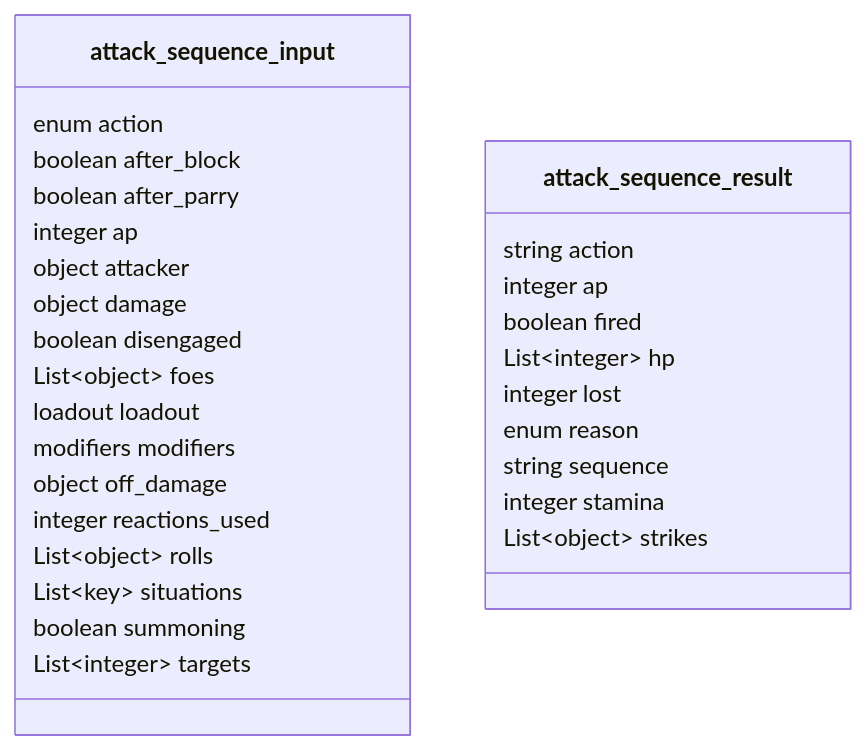
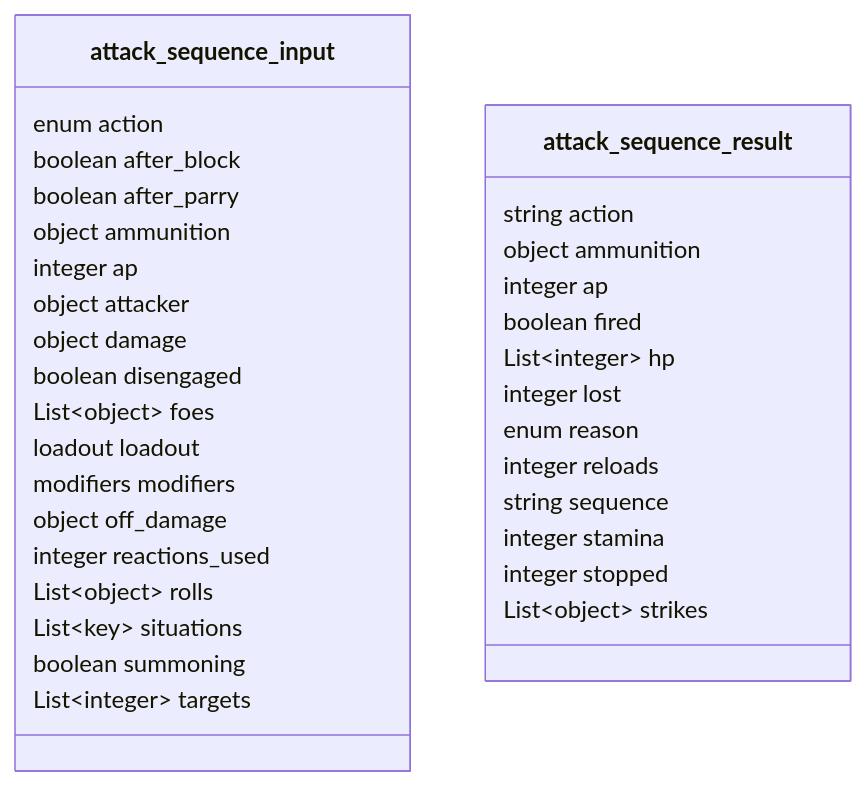
Before and after one commit to SETA1609/riftweave-core: the fifth of 32 diagrams in docs/backend/contract-diagram.md, drawn with Mermaid. The commit also changed 7 other files, not shown here.

````diff
--- a/docs/backend/contract-diagram.md
+++ b/docs/backend/contract-diagram.md
@@ -208,32 +208,36 @@
 ```mermaid
 classDiagram
     class attack_sequence_input {
         enum action
         boolean after_block
         boolean after_parry
+        object ammunition
         integer ap
         object attacker
         object damage
         boolean disengaged
         List~object~ foes
         loadout loadout
         modifiers modifiers
         object off_damage
         integer reactions_used
         List~object~ rolls
         List~key~ situations
         boolean summoning
         List~integer~ targets
     }
     class attack_sequence_result {
         string action
+        object ammunition
         integer ap
         boolean fired
         List~integer~ hp
         integer lost
         enum reason
+        integer reloads
         string sequence
         integer stamina
+        integer stopped
         List~object~ strikes
     }
 ```
````
